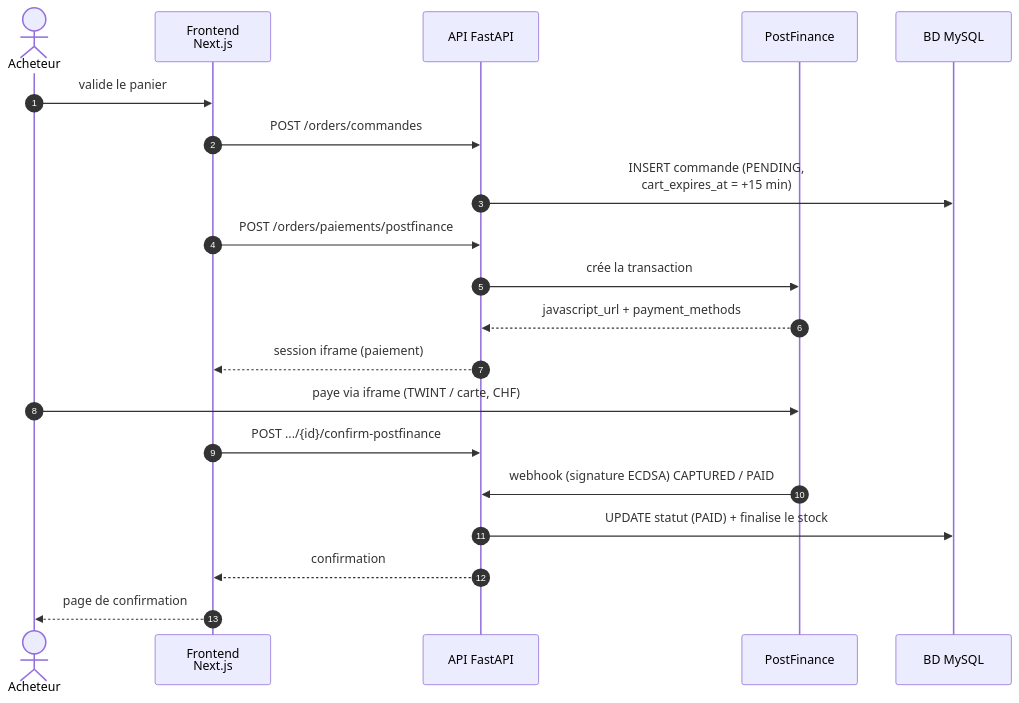
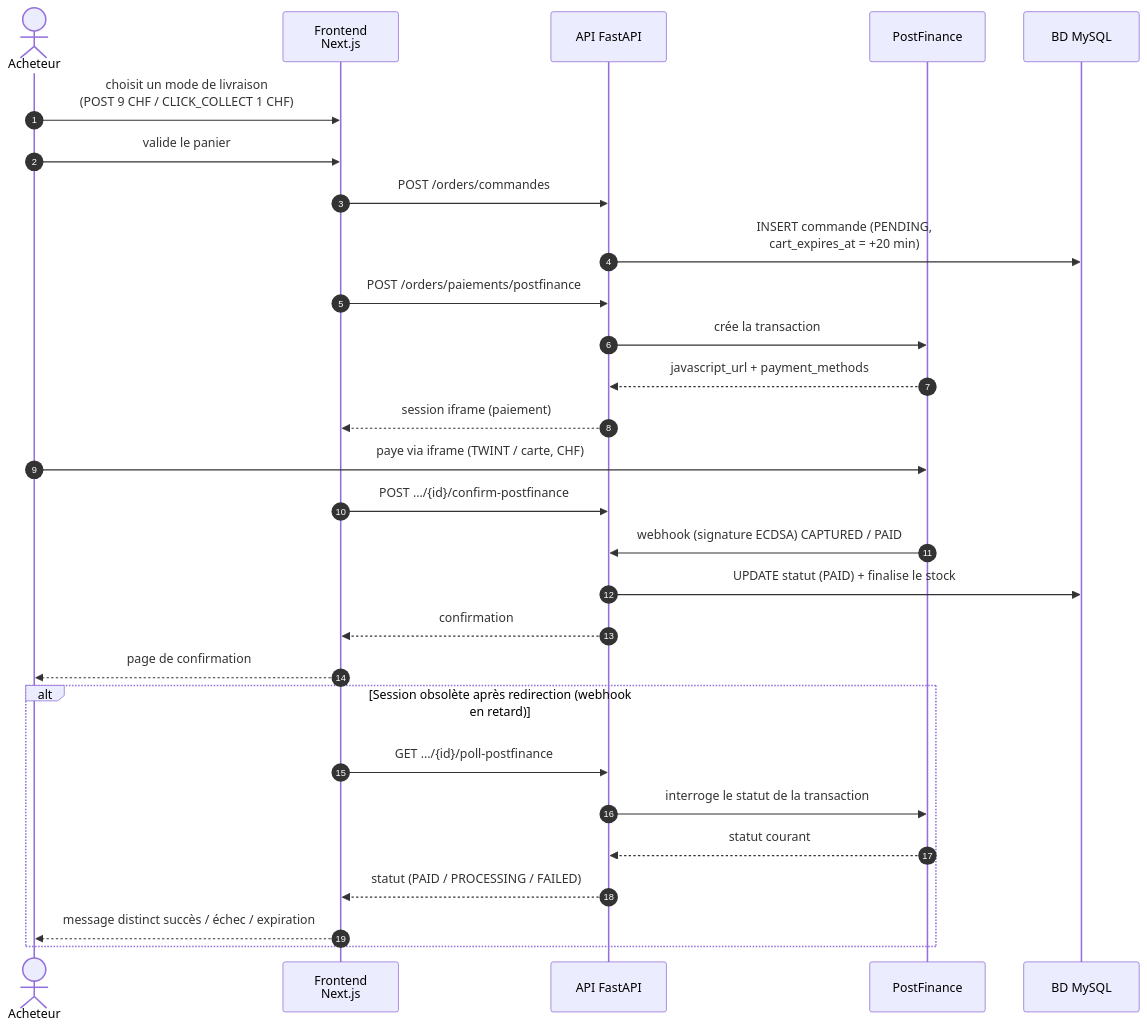
Before and after one commit to Visualstudiocodetest/caribooks: the diagram in diagrams/sequence_paiement.mmd, drawn with Mermaid. The commit also changed 27 other files, not shown here.

```diff
--- a/diagrams/sequence_paiement.mmd
+++ b/diagrams/sequence_paiement.mmd
@@ -1,22 +1,31 @@
 %% Diagramme de séquence — Tunnel de paiement PostFinance
 sequenceDiagram
     autonumber
     actor Ach as Acheteur
     participant Fro as Frontend<br/>Next.js
     participant API as API FastAPI
     participant PF as PostFinance
     participant BD as BD MySQL
 
+    Ach->>Fro: choisit un mode de livraison<br/>(POST 9 CHF / CLICK_COLLECT 1 CHF)
     Ach->>Fro: valide le panier
     Fro->>API: POST /orders/commandes
-    API->>BD: INSERT commande (PENDING,<br/>cart_expires_at = +15 min)
+    API->>BD: INSERT commande (PENDING,<br/>cart_expires_at = +20 min)
     Fro->>API: POST /orders/paiements/postfinance
     API->>PF: crée la transaction
     PF-->>API: javascript_url + payment_methods
     API-->>Fro: session iframe (paiement)
     Ach->>PF: paye via iframe (TWINT / carte, CHF)
     Fro->>API: POST .../{id}/confirm-postfinance
     PF->>API: webhook (signature ECDSA) CAPTURED / PAID
     API->>BD: UPDATE statut (PAID) + finalise le stock
     API-->>Fro: confirmation
     Fro-->>Ach: page de confirmation
+
+    alt Session obsolète après redirection (webhook en retard)
+        Fro->>API: GET .../{id}/poll-postfinance
+        API->>PF: interroge le statut de la transaction
+        PF-->>API: statut courant
+        API-->>Fro: statut (PAID / PROCESSING / FAILED)
+        Fro-->>Ach: message distinct succès / échec / expiration
+    end
```
